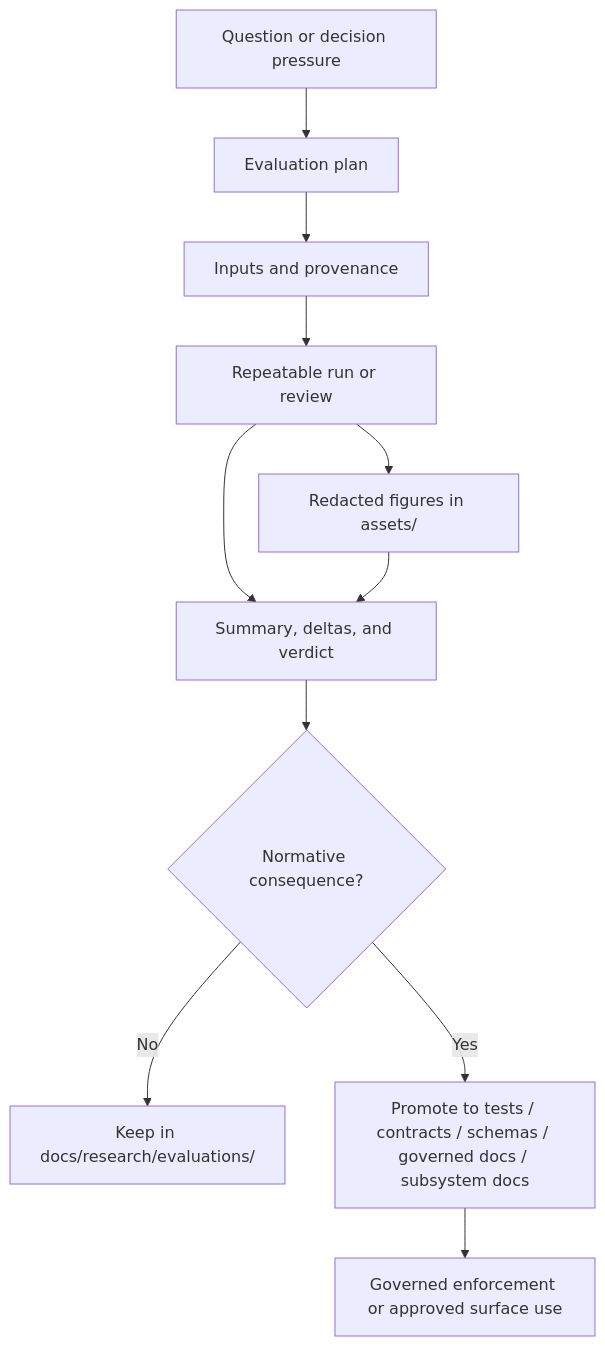
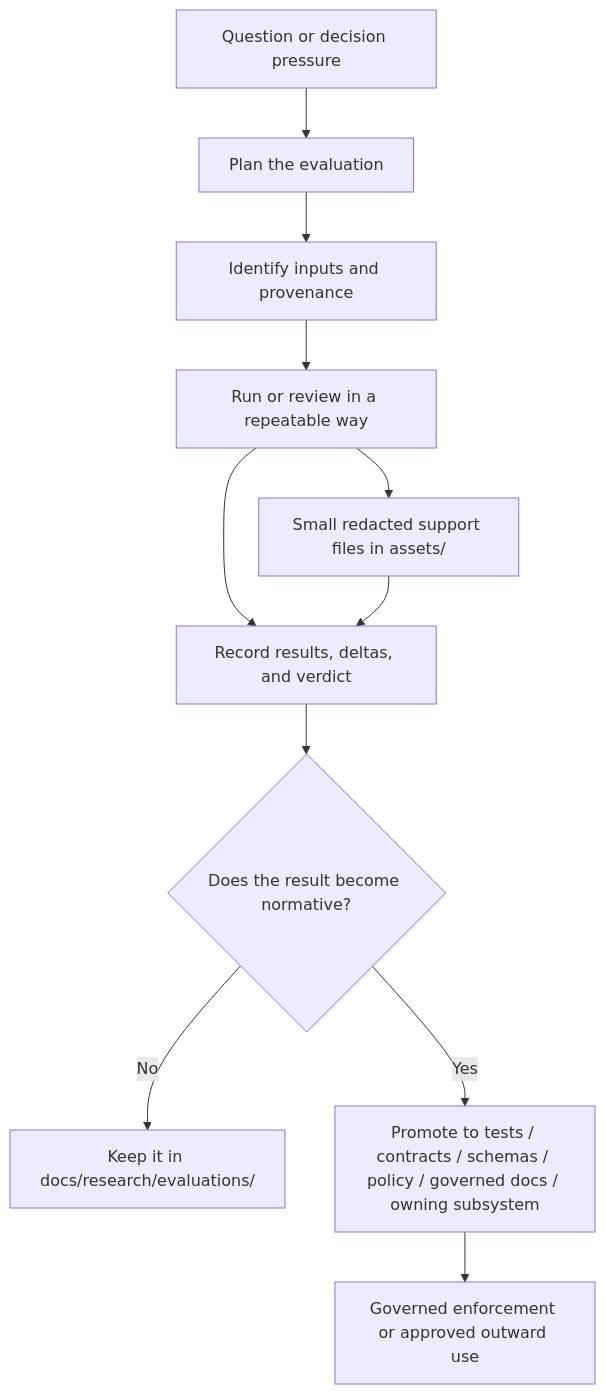
The diagram in docs/research/evaluations/README.md (bartytime4life/Kansas-Frontier-Matrix), drawn with Mermaid before and after one commit. The commit also changed other lines of this file, not shown here.

First line of the commit message:
Revise README for evaluations with clearer language

````diff
--- a/docs/research/evaluations/README.md
+++ b/docs/research/evaluations/README.md
@@ -190,16 +217,16 @@
 ```mermaid
 flowchart TD
-    Q[Question or decision pressure] --> P[Evaluation plan]
-    P --> I[Inputs and provenance]
-    I --> R[Repeatable run or review]
-    R --> A[Redacted figures in assets/]
-    R --> S[Summary, deltas, and verdict]
+    Q[Question or decision pressure] --> P[Plan the evaluation]
+    P --> I[Identify inputs and provenance]
+    I --> R[Run or review in a repeatable way]
+    R --> A[Small redacted support files in assets/]
+    R --> S[Record results, deltas, and verdict]
     A --> S
 
-    S --> N{Normative consequence?}
+    S --> N{Does the result become normative?}
 
-    N -- No --> E[Keep in docs/research/evaluations/]
-    N -- Yes --> T[Promote to tests / contracts / schemas / governed docs / subsystem docs]
+    N -- No --> E[Keep it in docs/research/evaluations/]
+    N -- Yes --> T[Promote to tests / contracts / schemas / policy / governed docs / owning subsystem]
 
-    T --> G[Governed enforcement or approved surface use]
+    T --> G[Governed enforcement or approved outward use]
 ```
````
